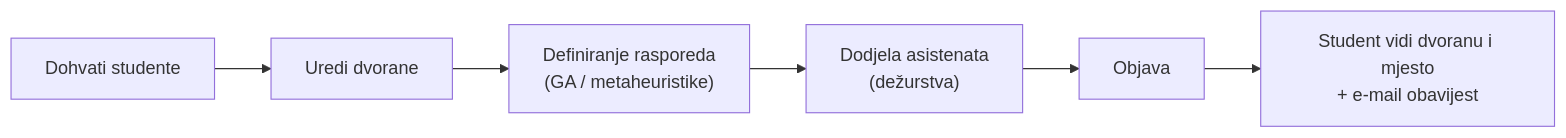
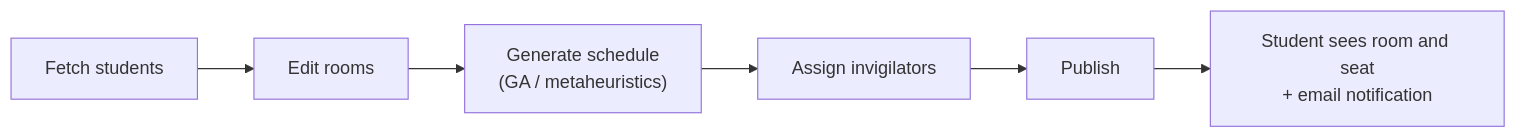
One commit to KarloKnezevic/Ferko changed the fifth of 6 diagrams in README.md. Above: the diagram before and after it, drawn with Mermaid. The commit also changed other lines of this file and 38 other files, not shown here.

First line of the commit message:
Dokumentacija iznova na engleskom: marketinški README, UML i vodiči (#96)

````diff
--- a/README.md
+++ b/README.md
@@ -303,8 +333,8 @@
 ```mermaid
 flowchart LR
-    A["Dohvati studente"] --> B["Uredi dvorane"]
-    B --> C["Definiranje rasporeda<br/>(GA / metaheuristike)"]
-    C --> D["Dodjela asistenata<br/>(dežurstva)"]
-    D --> E["Objava"]
-    E --> F["Student vidi dvoranu i mjesto<br/>+ e-mail obavijest"]
+    A["Fetch students"] --> B["Edit rooms"]
+    B --> C["Generate schedule<br/>(GA / metaheuristics)"]
+    C --> D["Assign invigilators"]
+    D --> E["Publish"]
+    E --> F["Student sees room and seat<br/>+ email notification"]
 ```
````
